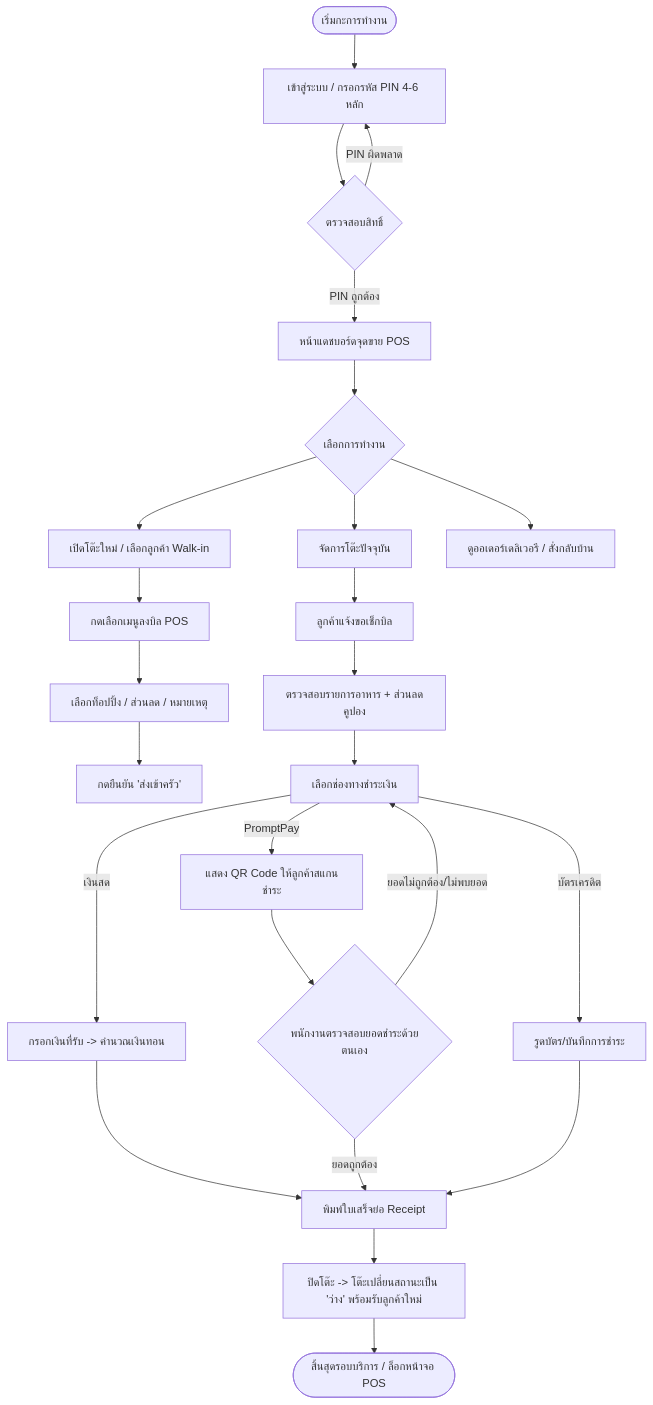
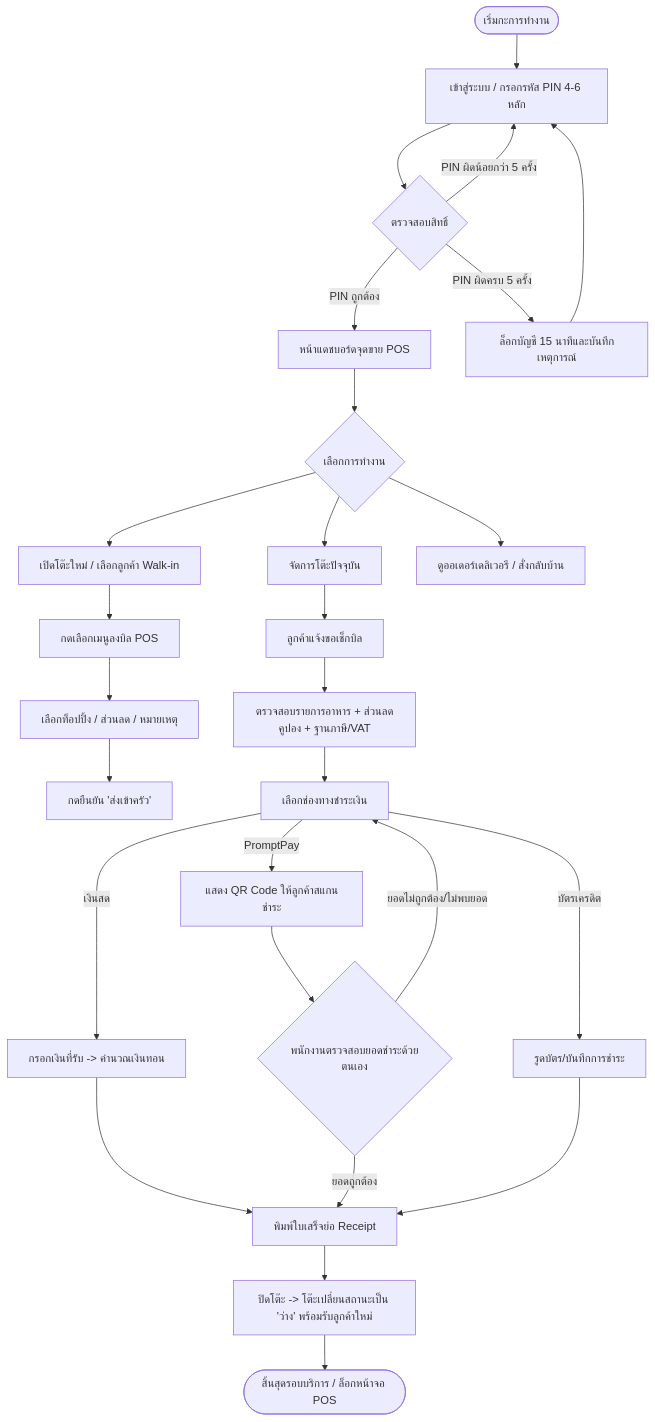
Before and after one commit to landmark-168/1101911: the fourth of 10 diagrams in USERFLOW.md, drawn with Mermaid. The commit also changed other lines of this file and 5 other files, not shown here.

````diff
--- a/USERFLOW.md
+++ b/USERFLOW.md
@@ -130,33 +133,35 @@
 ```mermaid
 flowchart TD
     A([เริ่มกะการทำงาน]) --> B[เข้าสู่ระบบ / กรอกรหัส PIN 4-6 หลัก]
     B --> C{ตรวจสอบสิทธิ์}
     C -->|PIN ถูกต้อง| D[หน้าแดชบอร์ดจุดขาย POS]
-    C -->|PIN ผิดพลาด| B
+    C -->|PIN ผิดน้อยกว่า 5 ครั้ง| B
+    C -->|PIN ผิดครบ 5 ครั้ง| Lock[ล็อกบัญชี 15 นาทีและบันทึกเหตุการณ์]
+    Lock --> B
 
     D --> E{เลือกการทำงาน}
     E --> F[เปิดโต๊ะใหม่ / เลือกลูกค้า Walk-in]
     E --> G[จัดการโต๊ะปัจจุบัน]
     E --> H[ดูออเดอร์เดลิเวอรี / สั่งกลับบ้าน]
 
     F --> I[กดเลือกเมนูลงบิล POS]
     I --> J[เลือกท็อปปิ้ง / ส่วนลด / หมายเหตุ]
     J --> K[กดยืนยัน 'ส่งเข้าครัว']
 
     G --> L[ลูกค้าแจ้งขอเช็กบิล]
-    L --> M[ตรวจสอบรายการอาหาร + ส่วนลดคูปอง]
+    L --> M[ตรวจสอบรายการอาหาร + ส่วนลดคูปอง + ฐานภาษี/VAT]
     M --> N[เลือกช่องทางชำระเงิน]
     
     N -->|เงินสด| O1[กรอกเงินที่รับ -> คำนวณเงินทอน]
     N -->|PromptPay| O2[แสดง QR Code ให้ลูกค้าสแกนชำระ]
     N -->|บัตรเครดิต| O3[รูดบัตร/บันทึกการชำระ]
 
     O1 --> P[พิมพ์ใบเสร็จย่อ Receipt]
     O2 --> V{พนักงานตรวจสอบยอดชำระด้วยตนเอง}
     V -->|ยอดถูกต้อง| P
     V -->|ยอดไม่ถูกต้อง/ไม่พบยอด| N
     O3 --> P
     
     P --> Q[ปิดโต๊ะ -> โต๊ะเปลี่ยนสถานะเป็น 'ว่าง' พร้อมรับลูกค้าใหม่]
     Q --> R([สิ้นสุดรอบบริการ / ล็อกหน้าจอ POS])
 ```
````
